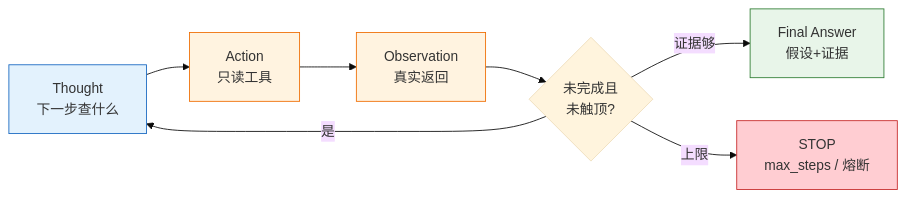
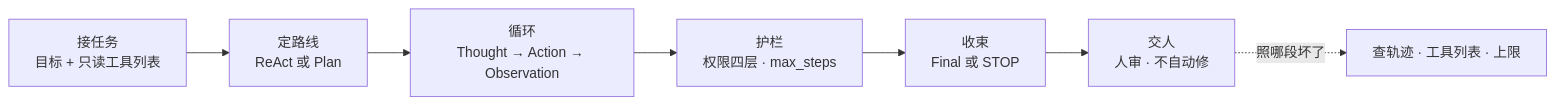
Before and after one commit to ml-cuizijun/LearnToLilith: the first of 9 diagrams in 08-AI与智能运维/06-Agent智能体/知识点.md, drawn with Mermaid. The commit also changed other lines of this file and 470 other files, not shown here.

````diff
--- a/08-AI与智能运维/06-Agent智能体/知识点.md
+++ b/08-AI与智能运维/06-Agent智能体/知识点.md
@@ -82,20 +15,9 @@
 ```mermaid
-%%{init: {"theme": "base", "flowchart": {"padding": 16}}}%%
 flowchart LR
-    classDef thought fill:#e3f2fd,stroke:#1565c0
-    classDef action fill:#fff3e0,stroke:#ef6c00
-    classDef ok fill:#e8f5e9,stroke:#2e7d32
-    classDef stop fill:#ffcdd2,stroke:#c62828
-
-    T["Thought<br/>下一步查什么"]:::thought
-    A["Action<br/>只读工具"]:::action
-    O["Observation<br/>真实返回"]:::action
-    D{未完成且<br/>未触顶?}
-    F["Final Answer<br/>假设+证据"]:::ok
-    S["STOP<br/>max_steps / 熔断"]:::stop
-
-    T --> A --> O --> D
-    D -->|是| T
-    D -->|证据够| F
-    D -->|上限| S
+    A["接任务<br/>目标 + 只读工具列表"] --> B["定路线<br/>ReAct 或 Plan"]
+    B --> C["循环<br/>Thought → Action → Observation"]
+    C --> D["护栏<br/>权限四层 · max_steps"]
+    D --> E["收束<br/>Final 或 STOP"]
+    E --> F["交人<br/>人审 · 不自动修"]
+    F -.->|照哪段坏了| K["查轨迹 · 工具列表 · 上限"]
 ```
````
